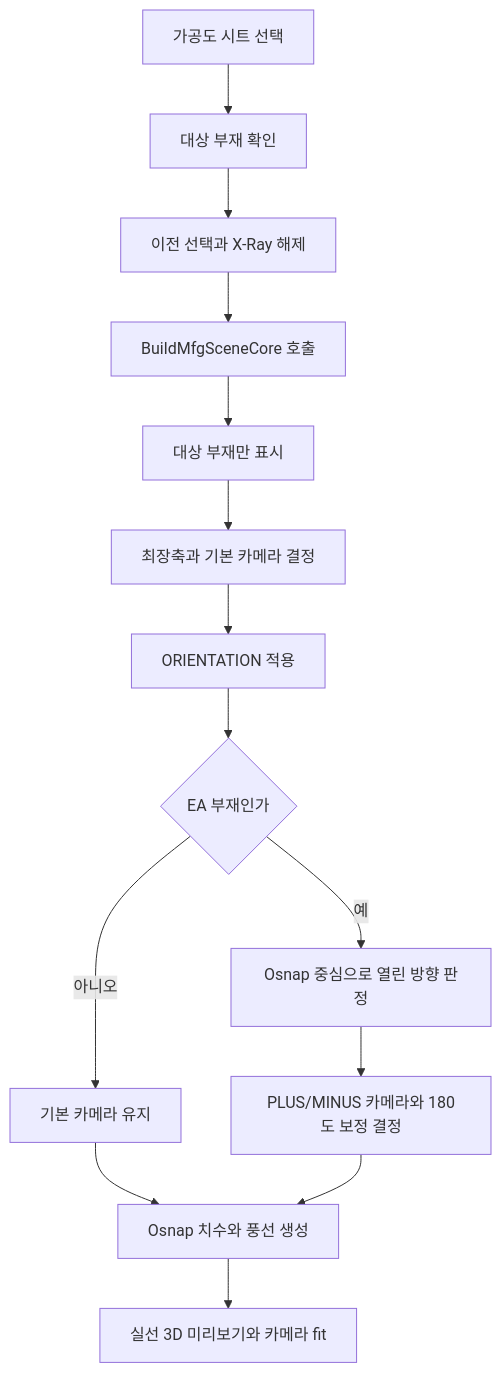
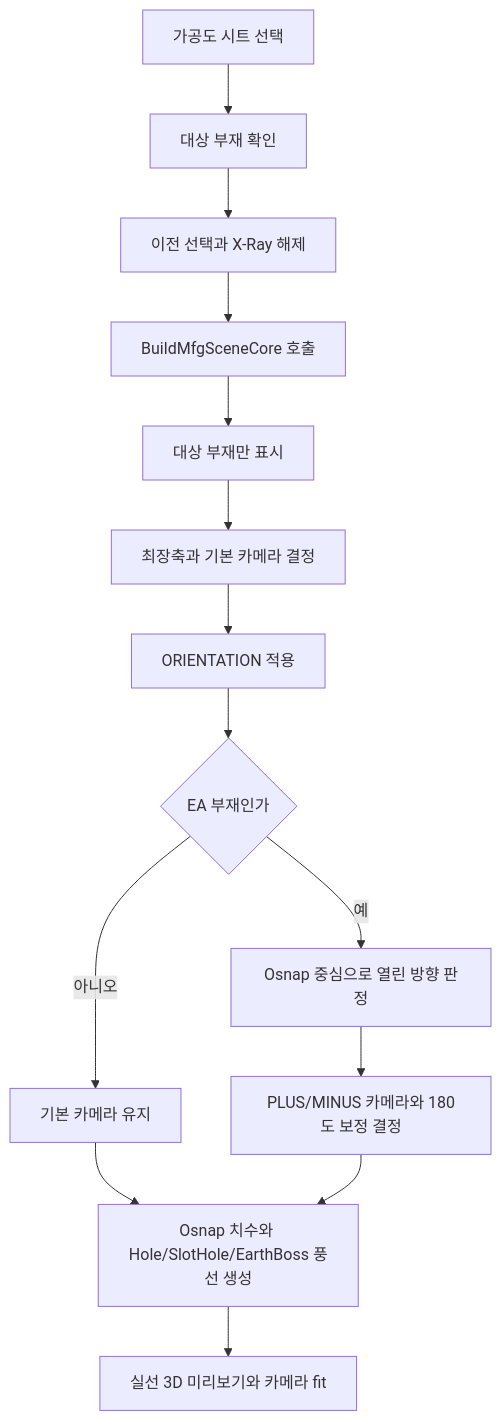
The diagram in docs/기능/가공도/가공도 단일.md (uuuuj/a2z), drawn with Mermaid before and after one commit. The commit also changed other lines of this file and 10 other files, not shown here.

````diff
--- a/docs/기능/가공도/가공도 단일.md
+++ b/docs/기능/가공도/가공도 단일.md
@@ -21,16 +21,16 @@
 ```mermaid
 flowchart TD
     A["가공도 시트 선택"] --> B["대상 부재 확인"]
     B --> C["이전 선택과 X-Ray 해제"]
     C --> D["BuildMfgSceneCore 호출"]
     D --> E["대상 부재만 표시"]
     E --> F["최장축과 기본 카메라 결정"]
     F --> G["ORIENTATION 적용"]
     G --> H{"EA 부재인가"}
     H -- 아니오 --> I["기본 카메라 유지"]
     H -- 예 --> J["Osnap 중심으로 열린 방향 판정"]
     J --> K["PLUS/MINUS 카메라와 180도 보정 결정"]
-    I --> L["Osnap 치수와 풍선 생성"]
+    I --> L["Osnap 치수와 Hole/SlotHole/EarthBoss 풍선 생성"]
     K --> L
     L --> M["실선 3D 미리보기와 카메라 fit"]
 ```
````
